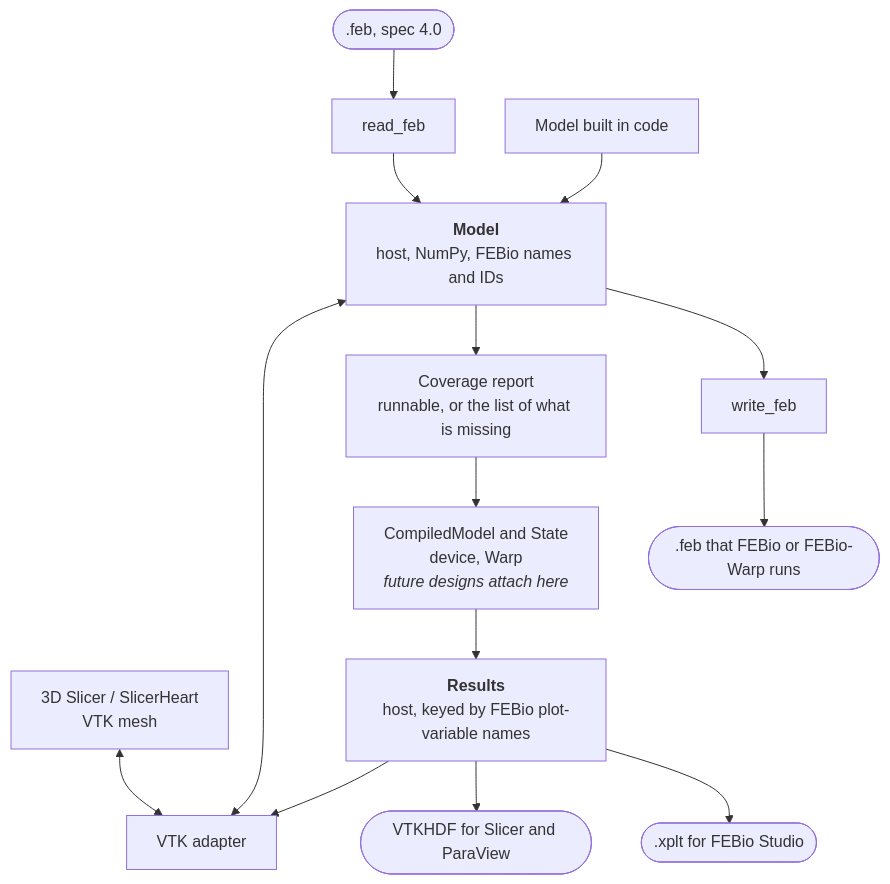
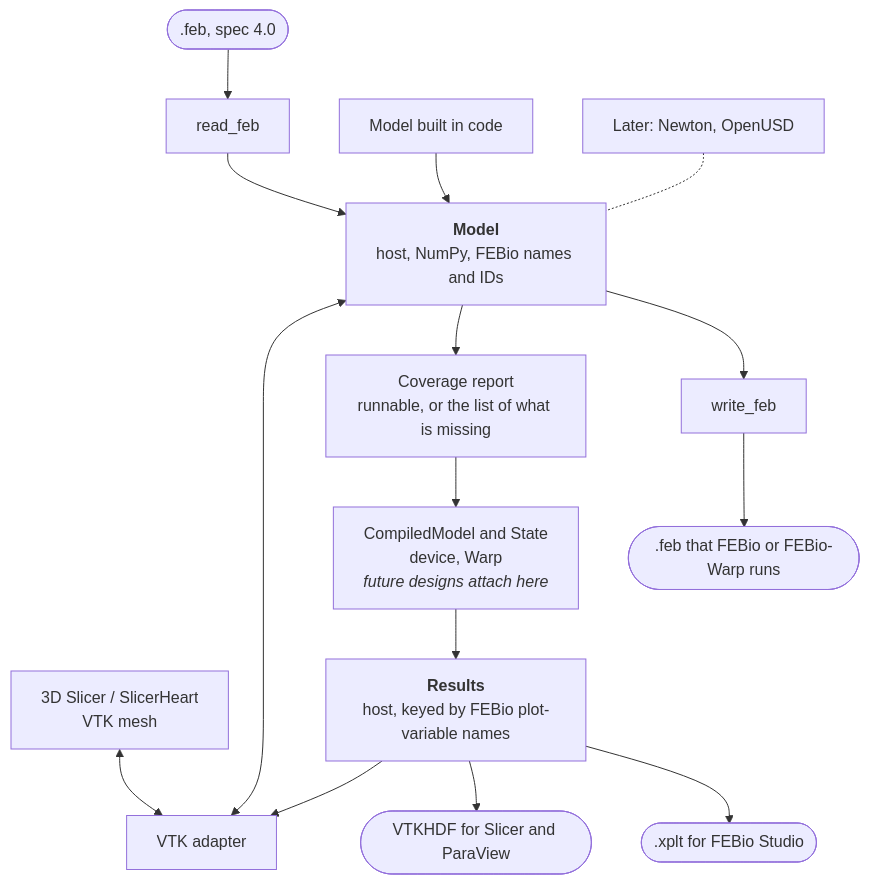
Before and after one commit to JolleyLab/FEBio-Warp-Python: the diagram in docs/design/model.md, drawn with Mermaid. The commit also changed other lines of this file, not shown here.

First line of the commit message:
Design note: short reference to Newton and OpenUSD

````diff
--- a/docs/design/model.md
+++ b/docs/design/model.md
@@ -17,16 +17,17 @@
 ```mermaid
 flowchart TB
     feb([".feb, spec 4.0"]) --> reader["read_feb"]
     slicer["3D Slicer / SlicerHeart<br/>VTK mesh"] <--> adapter["VTK adapter"]
     code["Model built in code"] --> model
     reader --> model
     adapter <--> model
     model["<b>Model</b><br/>host, NumPy, FEBio names and IDs"]
     model --> writer["write_feb"] --> feb2([".feb that FEBio or FEBio-Warp runs"])
     model --> cov["Coverage report<br/>runnable, or the list of what is missing"]
     cov --> compiled["CompiledModel and State<br/>device, Warp<br/><i>future designs attach here</i>"]
     compiled --> results["<b>Results</b><br/>host, keyed by FEBio plot-variable names"]
     results --> xplt([".xplt for FEBio Studio"])
     results --> hdf(["VTKHDF for Slicer and ParaView"])
     results --> adapter
+    later["Later: Newton, OpenUSD"] -.- model
 ```
````
